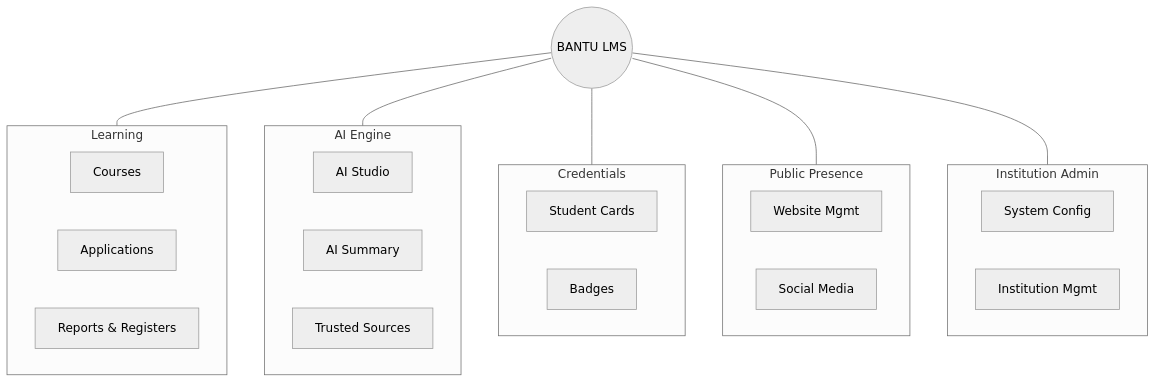
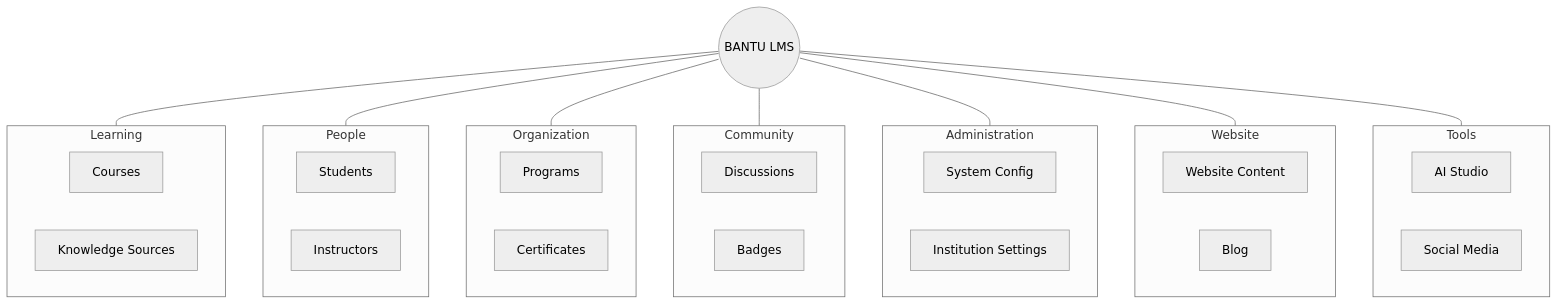
One commit to tawandamatsika39/portfolio-tawanda changed the diagram in content/blog/2026/building-bantucode-update.md. Above: the diagram before and after it, drawn with Mermaid (neutral theme). The commit also changed other lines of this file and 2 other files, not shown here.

Commit message:
Add click-to-zoom lightbox and redraw capability diagram accurately
Images inside prose content (blog posts, about, projects) are now
clickable: opens a full-screen lightbox, click again to toggle true
native-size zoom with pan/scroll, Escape or backdrop click to close.
Mounted globally in the default layout so it applies site-wide, not
just this one post.

Also redrew the Bantu LMS capability diagram to mirror the actual
admin sidebar's real grouping (Learning, People, Organization,
Community, Administration, Website, Tools) instead of an invented
taxonomy. Fixes two inaccuracies: "Student Cards" wasn't a real nav
item and got dropped; "Certificates" (real, under Organization) and
"Badges" (real, under Community, not Credentials) now sit where the
product actually puts them.

````diff
--- a/content/blog/2026/building-bantucode-update.md
+++ b/content/blog/2026/building-bantucode-update.md
@@ -76,37 +76,47 @@
 ```mermaid
 flowchart TB
   Core(("BANTU LMS"))
 
   subgraph Learning["Learning"]
     Courses["Courses"]
-    Applications["Applications"]
-    Registers["Reports & Registers"]
+    Knowledge["Knowledge Sources"]
   end
 
-  subgraph Engine["AI Engine"]
-    Studio["AI Studio"]
-    Insights["AI Summary"]
-    Sources["Trusted Sources"]
+  subgraph People["People"]
+    Students["Students"]
+    Instructors["Instructors"]
   end
 
-  subgraph Proof["Credentials"]
-    Cards["Student Cards"]
+  subgraph Organization["Organization"]
+    Programs["Programs"]
+    Certificates["Certificates"]
+  end
+
+  subgraph Community["Community"]
+    Discussions["Discussions"]
     Badges["Badges"]
   end
 
-  subgraph Presence["Public Presence"]
-    Website["Website Mgmt"]
-    Social["Social Media"]
+  subgraph Administration["Administration"]
+    SystemConfig["System Config"]
+    InstSettings["Institution Settings"]
   end
 
-  subgraph Ops["Institution Admin"]
-    Config["System Config"]
-    Inst["Institution Mgmt"]
+  subgraph Website["Website"]
+    WebsiteContent["Website Content"]
+    Blog["Blog"]
+  end
+
+  subgraph Tools["Tools"]
+    AiStudio["AI Studio"]
+    SocialMedia["Social Media"]
   end
 
   Core --- Learning
-  Core --- Engine
-  Core --- Proof
-  Core --- Presence
-  Core --- Ops
+  Core --- People
+  Core --- Organization
+  Core --- Community
+  Core --- Administration
+  Core --- Website
+  Core --- Tools
 ```
````
